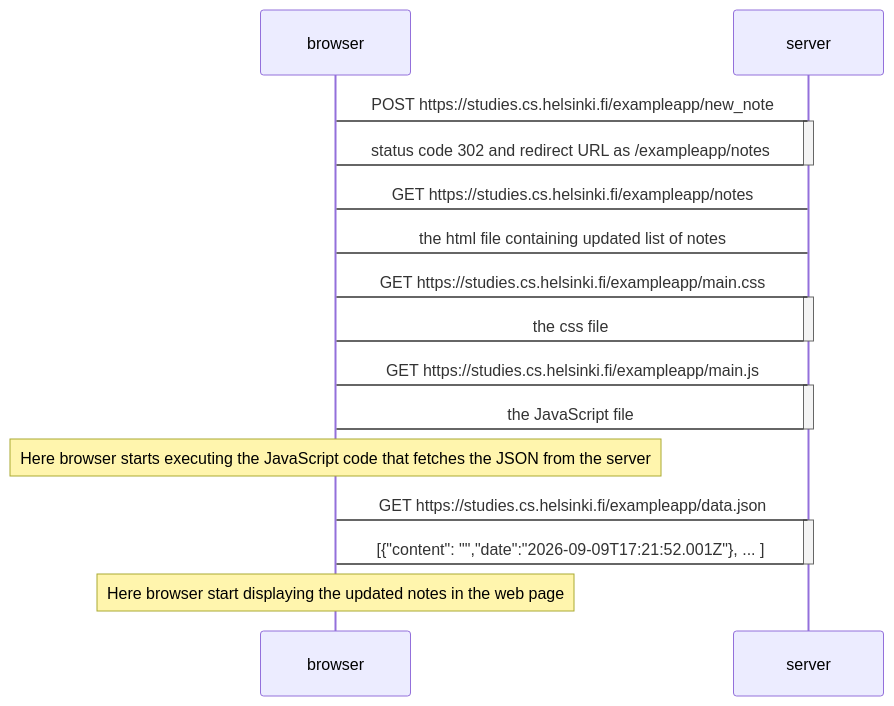
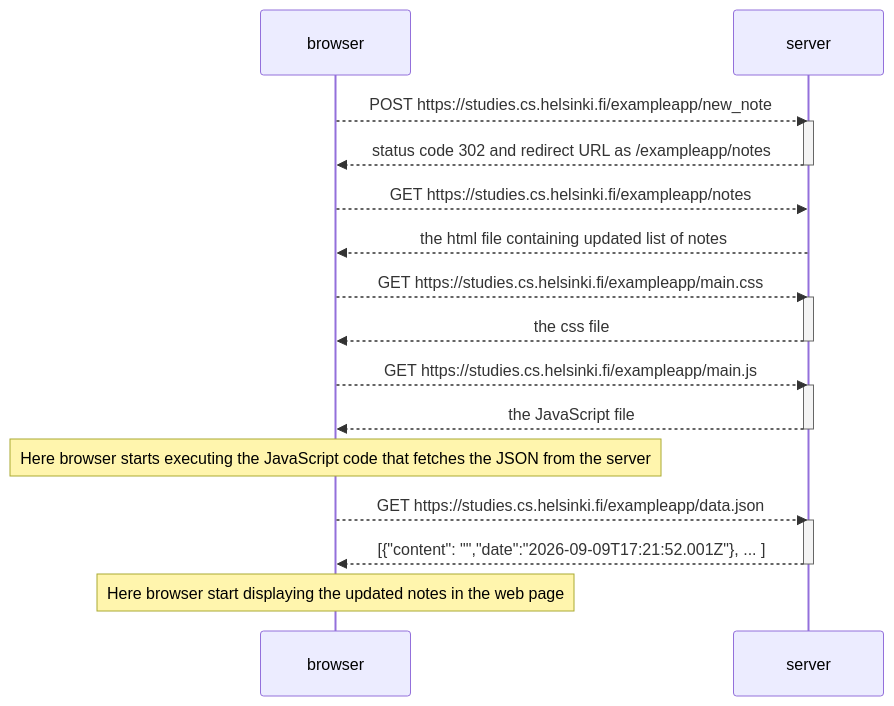
The diagram in part0/0.4: New note diagram/mermaid-diagram.md (nazcoder/helsinki-cs-fullstack), drawn with Mermaid before and after one commit.

Commit message:
fix: part0 - 0.4 mermaid diagram arror fix

````diff
--- a/part0/0.4: New note diagram/mermaid-diagram.md
+++ b/part0/0.4: New note diagram/mermaid-diagram.md
@@ -2,31 +2,31 @@
 ```mermaid
 sequenceDiagram
 
-    browser -> server: POST https://studies.cs.helsinki.fi/exampleapp/new_note
+    browser -->> server: POST https://studies.cs.helsinki.fi/exampleapp/new_note
     activate server
-    server -> browser: status code 302 and redirect URL as /exampleapp/notes
+    server -->> browser: status code 302 and redirect URL as /exampleapp/notes
     deactivate server
 
-    browser -> server: GET https://studies.cs.helsinki.fi/exampleapp/notes
-    server -> browser: the html file containing updated list of notes
+    browser -->> server: GET https://studies.cs.helsinki.fi/exampleapp/notes
+    server -->> browser: the html file containing updated list of notes
 
-    browser -> server: GET https://studies.cs.helsinki.fi/exampleapp/main.css
+    browser -->> server: GET https://studies.cs.helsinki.fi/exampleapp/main.css
     activate server
-    server -> browser: the css file
+    server -->> browser: the css file
     deactivate server
 
-    browser -> server: GET https://studies.cs.helsinki.fi/exampleapp/main.js
+    browser -->> server: GET https://studies.cs.helsinki.fi/exampleapp/main.js
     activate server
-    server -> browser: the JavaScript file
+    server -->> browser: the JavaScript file
     deactivate server
 
     Note over browser: Here browser starts executing the JavaScript code that fetches the JSON from the server
 
-    browser -> server: GET https://studies.cs.helsinki.fi/exampleapp/data.json
+    browser -->> server: GET https://studies.cs.helsinki.fi/exampleapp/data.json
     activate server
-    server -> browser: [{"content": "","date":"2026-09-09T17:21:52.001Z"}, ... ]
+    server -->> browser: [{"content": "","date":"2026-09-09T17:21:52.001Z"}, ... ]
     deactivate server
 
     Note over browser: Here browser start displaying the updated notes in the web page
 
 ```
````
